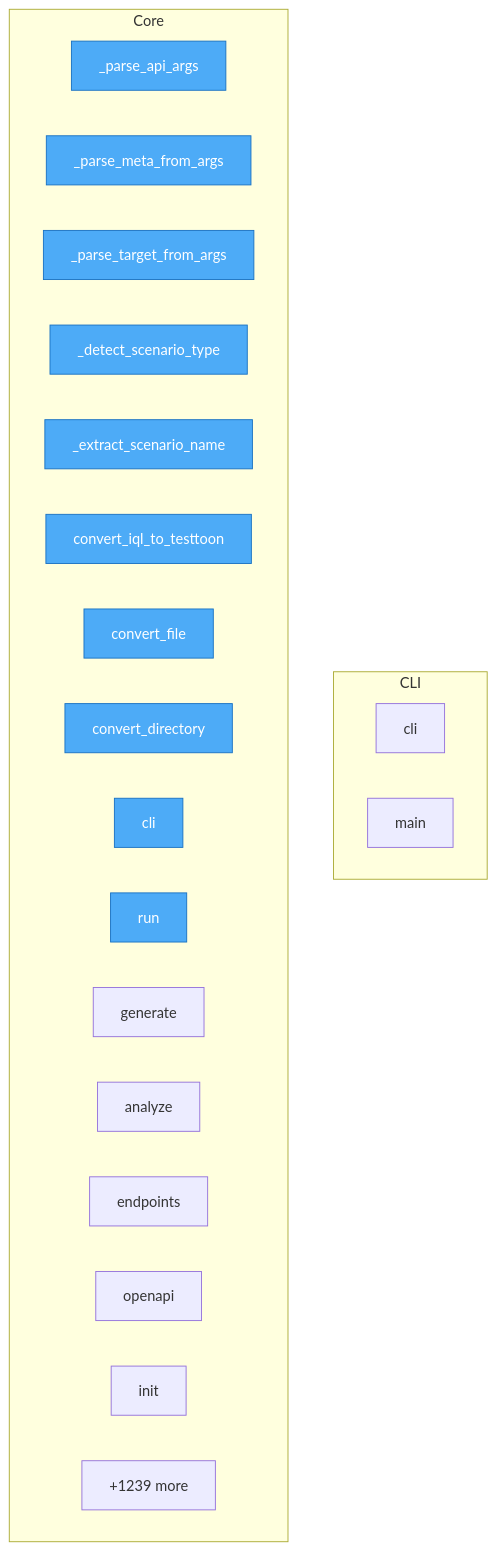
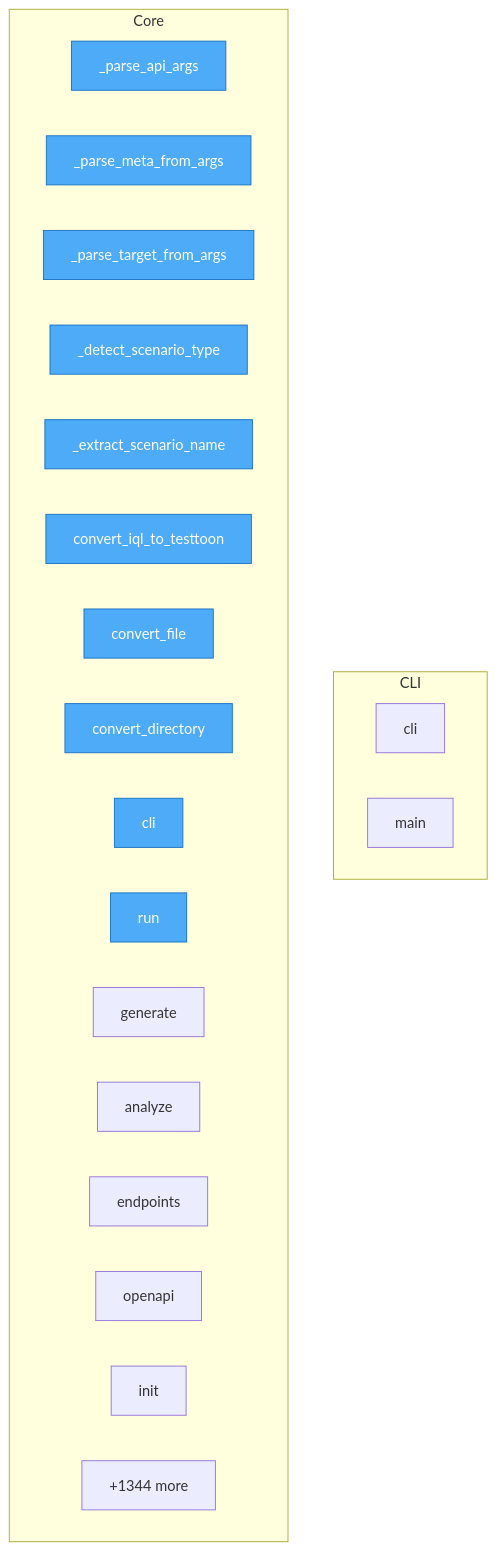
Before and after one commit to oqlos/testql: the diagram in project/flow.mmd, drawn with Mermaid. The commit also changed 47 other files, not shown here.

```diff
--- a/project/flow.mmd
+++ b/project/flow.mmd
@@ -1,30 +1,30 @@
 flowchart TD
 
     %% Entry points (blue)
     classDef entry fill:#4dabf7,stroke:#1971c2,color:#fff
 
     subgraph CLI
         testql__cli__cli["cli"]
         testql__cli__main["main"]
     end
 
     subgraph Core
         code2llm_output__map__toon___parse_api_args["_parse_api_args"]
         code2llm_output__map__toon___parse_meta_from_args["_parse_meta_from_args"]
         code2llm_output__map__toon___parse_target_from_args["_parse_target_from_args"]
         code2llm_output__map__toon___detect_scenario_type["_detect_scenario_type"]
         code2llm_output__map__toon___extract_scenario_name["_extract_scenario_name"]
         code2llm_output__map__toon__convert_iql_to_testtoon["convert_iql_to_testtoon"]
         code2llm_output__map__toon__convert_file["convert_file"]
         code2llm_output__map__toon__convert_directory["convert_directory"]
         code2llm_output__map__toon__cli["cli"]
         code2llm_output__map__toon__run["run"]
         code2llm_output__map__toon__generate["generate"]
         code2llm_output__map__toon__analyze["analyze"]
         code2llm_output__map__toon__endpoints["endpoints"]
         code2llm_output__map__toon__openapi["openapi"]
         code2llm_output__map__toon__init["init"]
-        ...["+1239 more"]
+        ...["+1344 more"]
     end
 
     class code2llm_output__map__toon___parse_api_args,code2llm_output__map__toon___parse_meta_from_args,code2llm_output__map__toon___parse_target_from_args,code2llm_output__map__toon___detect_scenario_type,code2llm_output__map__toon___extract_scenario_name,code2llm_output__map__toon__convert_iql_to_testtoon,code2llm_output__map__toon__convert_file,code2llm_output__map__toon__convert_directory,code2llm_output__map__toon__cli,code2llm_output__map__toon__run entry
```
